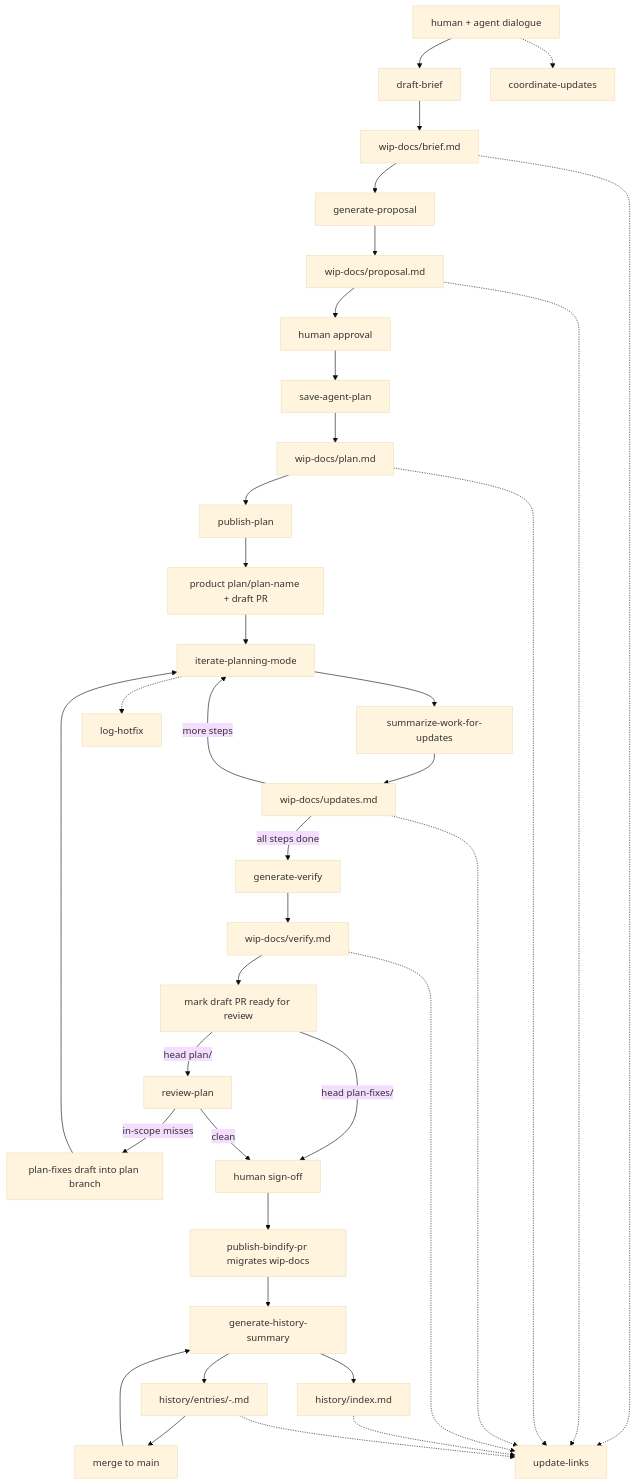
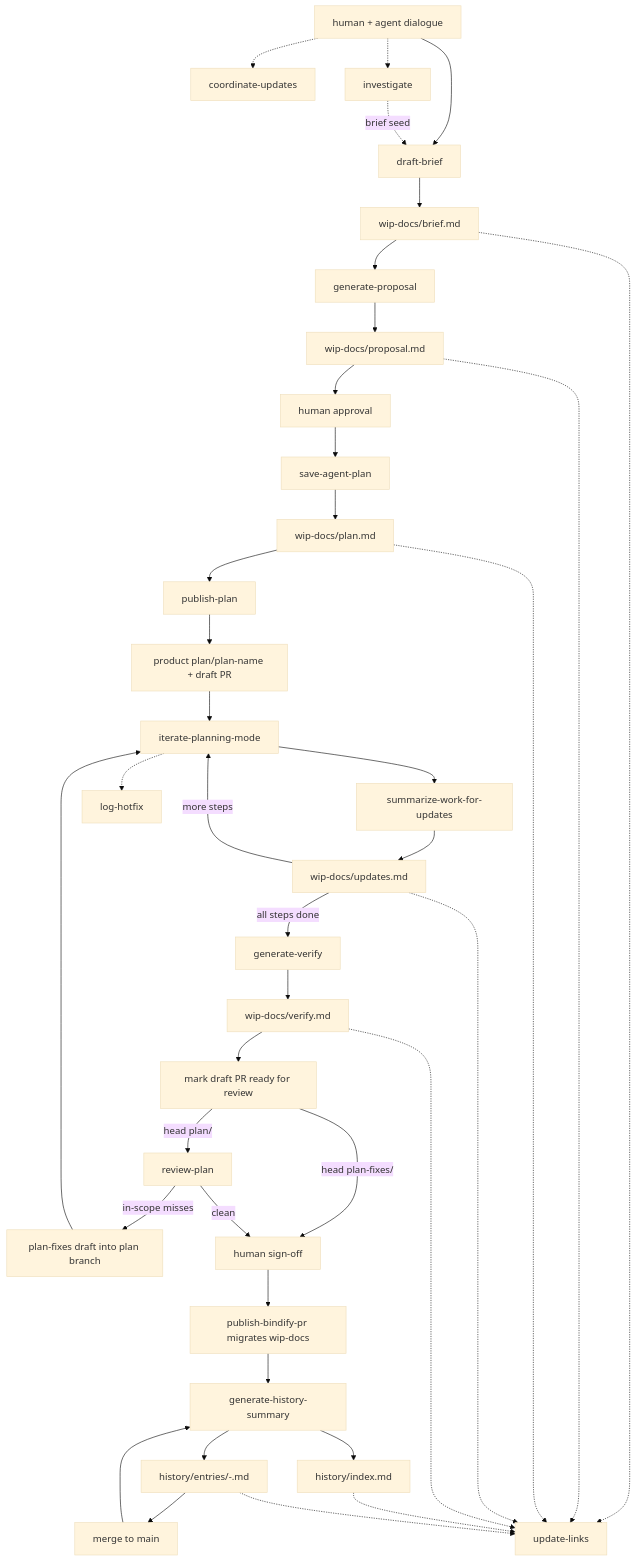
One commit to den-ree/blanche-skills changed the diagram in bindify/SKILL.md. Above: the diagram before and after it, drawn with Mermaid (base theme). The commit also changed other lines of this file and 6 other files, not shown here.

````diff
--- a/bindify/SKILL.md
+++ b/bindify/SKILL.md
@@ -52,69 +53,72 @@
 ```mermaid
 flowchart TD
     dialogue["human + agent dialogue"]
     draftBrief["draft-brief"]
     briefMd["wip-docs/brief.md"]
     genProposal["generate-proposal"]
     proposalMd["wip-docs/proposal.md"]
     humanApproval["human approval"]
     savePlan["save-agent-plan"]
     planMd["wip-docs/plan.md"]
     publishPlan["publish-plan"]
     planBranch["product plan/plan-name + draft PR"]
     iterate["iterate-planning-mode"]
     summarize["summarize-work-for-updates"]
     updatesMd["wip-docs/updates.md"]
     genVerify["generate-verify"]
     verifyMd["wip-docs/verify.md"]
     prReady["mark draft PR ready for review"]
     reviewPlan["review-plan"]
     fixesDraft["plan-fixes draft into plan branch"]
     migrate["publish-bindify-pr migrates wip-docs"]
     genHistory["generate-history-summary"]
     historyIndex["history/index.md"]
     historyEntry["history/entries/<date>-<slug>.md"]
     humanSignoff["human sign-off"]
     mergeMain["merge to main"]
 
     coordinate["coordinate-updates"]
+    investigate["investigate"]
     logHotfix["log-hotfix"]
     updateLinks["update-links"]
 
     dialogue --> draftBrief
     draftBrief --> briefMd
     briefMd --> genProposal
     genProposal --> proposalMd
     proposalMd --> humanApproval
     humanApproval --> savePlan
     savePlan --> planMd
     planMd --> publishPlan
     publishPlan --> planBranch
     planBranch --> iterate
     iterate --> summarize
     summarize --> updatesMd
     updatesMd -->|"more steps"| iterate
     updatesMd -->|"all steps done"| genVerify
     genVerify --> verifyMd
     verifyMd --> prReady
     prReady -->|"head plan/"| reviewPlan
     prReady -->|"head plan-fixes/"| humanSignoff
     reviewPlan -->|"clean"| humanSignoff
     reviewPlan -->|"in-scope misses"| fixesDraft
     fixesDraft --> iterate
     humanSignoff --> migrate
     migrate --> genHistory
     genHistory --> historyEntry
     genHistory --> historyIndex
     historyEntry --> mergeMain
     mergeMain --> genHistory
 
     dialogue -.-> coordinate
+    dialogue -.-> investigate
+    investigate -.->|"brief seed"| draftBrief
     iterate -.-> logHotfix
     briefMd -.-> updateLinks
     proposalMd -.-> updateLinks
     planMd -.-> updateLinks
     updatesMd -.-> updateLinks
     verifyMd -.-> updateLinks
     historyIndex -.-> updateLinks
     historyEntry -.-> updateLinks
 ```
````
